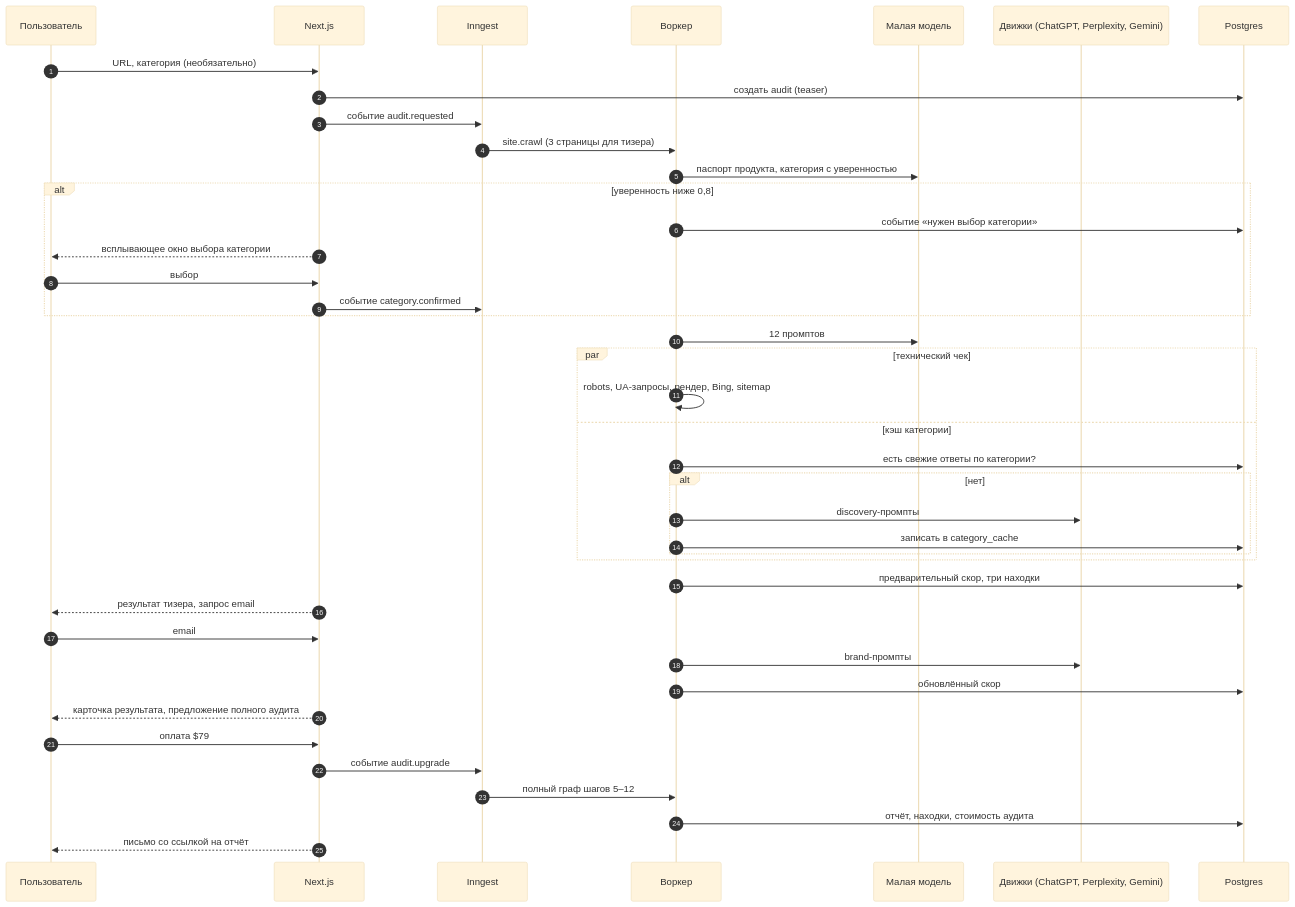
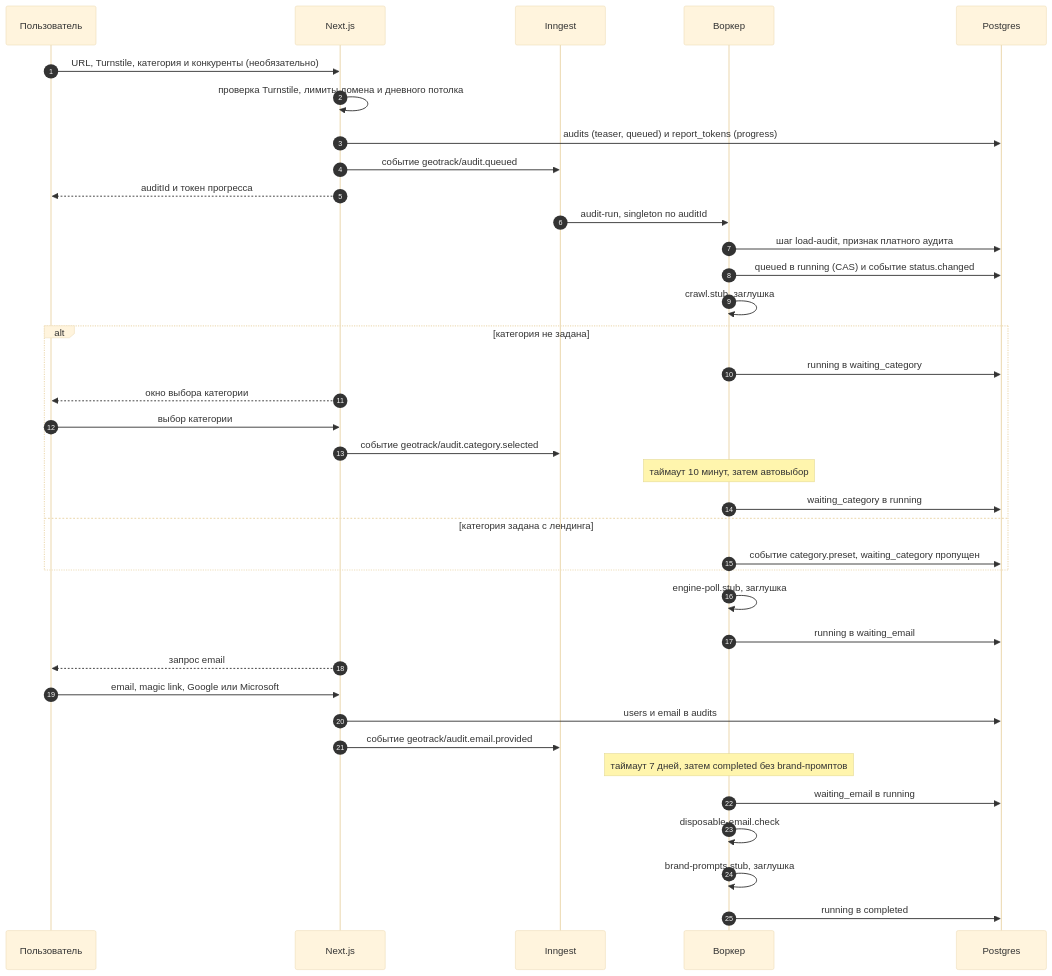
Before and after one commit to bobrovserghey/GeoTrack: the third of 4 diagrams in docs/product/GEOTRACK_MVP_AND_ARCHITECTURE_RU.md, drawn with Mermaid (base theme). The commit also changed other lines of this file, not shown here.

First line of the commit message:
docs(architecture): отражает реализацию до T-79 и результаты ревью (#65)

````diff
--- a/docs/product/GEOTRACK_MVP_AND_ARCHITECTURE_RU.md
+++ b/docs/product/GEOTRACK_MVP_AND_ARCHITECTURE_RU.md
@@ -168,44 +238,40 @@
 ```mermaid
 sequenceDiagram
   autonumber
   participant U as Пользователь
   participant W as Next.js
   participant I as Inngest
   participant K as Воркер
-  participant M as Малая модель
-  participant E as Движки (ChatGPT, Perplexity, Gemini)
   participant D as Postgres
 
-  U->>W: URL, категория (необязательно)
-  W->>D: создать audit (teaser)
-  W->>I: событие audit.requested
-  I->>K: site.crawl (3 страницы для тизера)
-  K->>M: паспорт продукта, категория с уверенностью
-  alt уверенность ниже 0,8
-    K->>D: событие «нужен выбор категории»
-    W-->>U: всплывающее окно выбора категории
-    U->>W: выбор
-    W->>I: событие category.confirmed
+  U->>W: URL, Turnstile, категория и конкуренты (необязательно)
+  W->>W: проверка Turnstile, лимиты домена и дневного потолка
+  W->>D: audits (teaser, queued) и report_tokens (progress)
+  W->>I: событие geotrack/audit.queued
+  W-->>U: auditId и токен прогресса
+  I->>K: audit-run, singleton по auditId
+  K->>D: шаг load-audit, признак платного аудита
+  K->>D: queued в running (CAS) и событие status.changed
+  K->>K: crawl.stub, заглушка
+  alt категория не задана
+    K->>D: running в waiting_category
+    W-->>U: окно выбора категории
+    U->>W: выбор категории
+    W->>I: событие geotrack/audit.category.selected
+    Note over K: таймаут 10 минут, затем автовыбор
+    K->>D: waiting_category в running
+  else категория задана с лендинга
+    K->>D: событие category.preset, waiting_category пропущен
   end
-  K->>M: 12 промптов
-  par технический чек
-    K->>K: robots, UA-запросы, рендер, Bing, sitemap
-  and кэш категории
-    K->>D: есть свежие ответы по категории?
-    alt нет
-      K->>E: discovery-промпты
-      K->>D: записать в category_cache
-    end
-  end
-  K->>D: предварительный скор, три находки
-  W-->>U: результат тизера, запрос email
-  U->>W: email
-  K->>E: brand-промпты
-  K->>D: обновлённый скор
-  W-->>U: карточка результата, предложение полного аудита
-  U->>W: оплата $79
-  W->>I: событие audit.upgrade
-  I->>K: полный граф шагов 5–12
-  K->>D: отчёт, находки, стоимость аудита
-  W-->>U: письмо со ссылкой на отчёт
+  K->>K: engine-poll.stub, заглушка
+  K->>D: running в waiting_email
+  W-->>U: запрос email
+  U->>W: email, magic link, Google или Microsoft
+  W->>D: users и email в audits
+  W->>I: событие geotrack/audit.email.provided
+  Note over K: таймаут 7 дней, затем completed без brand-промптов
+  K->>D: waiting_email в running
+  K->>K: disposable-email.check
+  K->>K: brand-prompts.stub, заглушка
+  K->>D: running в completed
 ```
````
